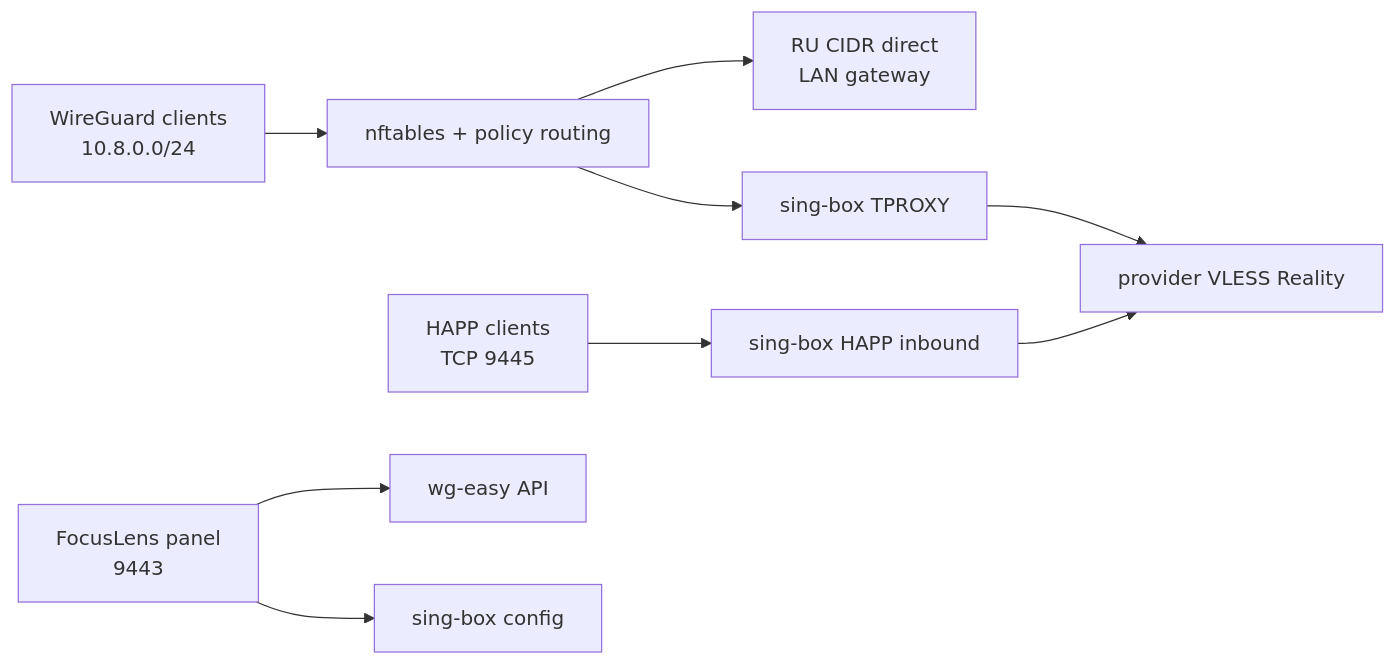
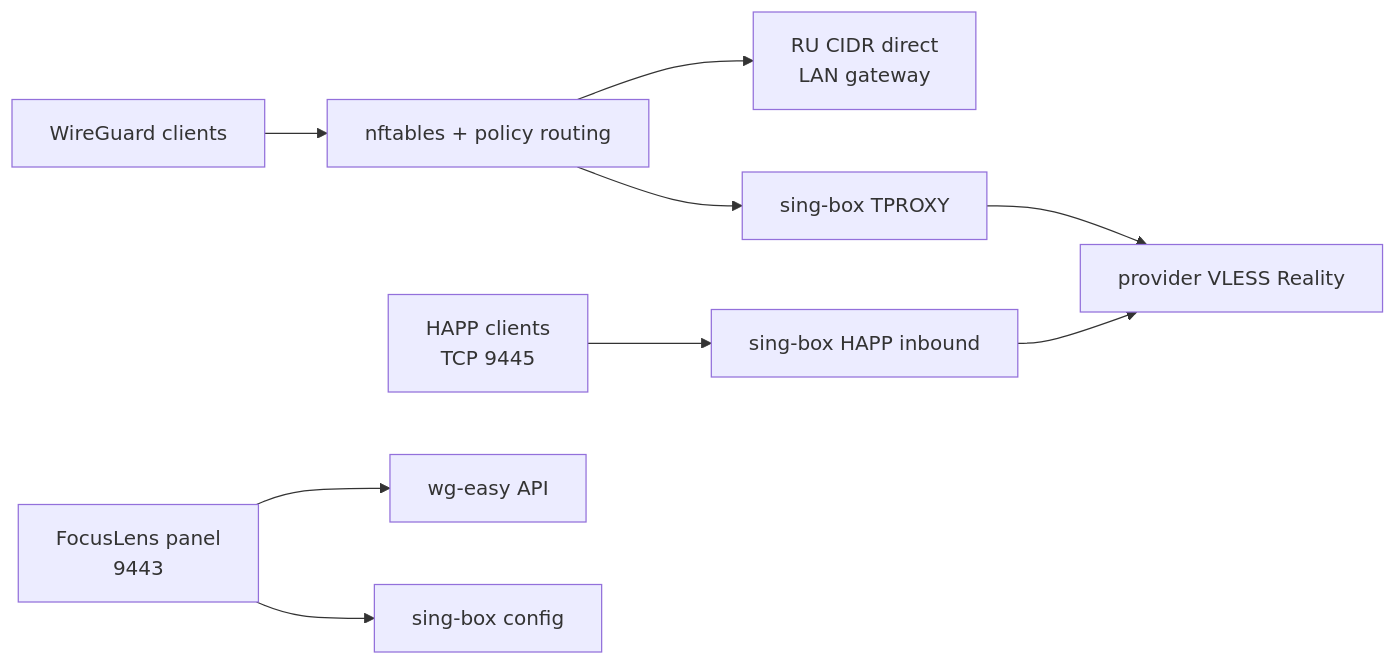
One commit to DgekStr/FocusVPN changed the diagram in README.md. Above: the diagram before and after it, drawn with Mermaid. The commit also changed other lines of this file, not shown here.

````diff
--- a/README.md
+++ b/README.md
@@ -37,11 +37,11 @@
 ```mermaid
 flowchart LR
-    WG[WireGuard clients\n10.8.0.0/24] --> FW[nftables + policy routing]
+    WG[WireGuard clients\n<wireguard-client-network>] --> FW[nftables + policy routing]
     FW --> RU[RU CIDR direct\nLAN gateway]
     FW --> TP[sing-box TPROXY]
     TP --> VLESS[provider VLESS Reality]
     HAPP[HAPP clients\nTCP 9445] --> HS[sing-box HAPP inbound]
     HS --> VLESS
     ADMIN[FocusLens panel\n9443] --> WGAPI[wg-easy API]
     ADMIN --> SBAPI[sing-box config]
 ```
````
